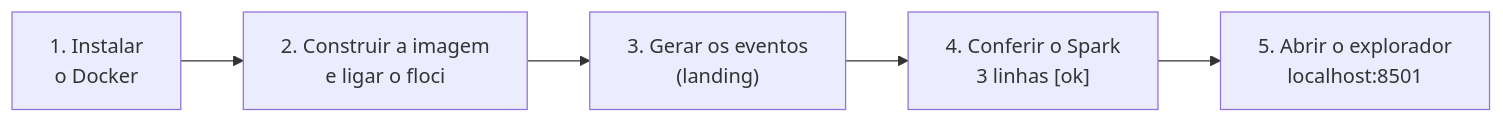
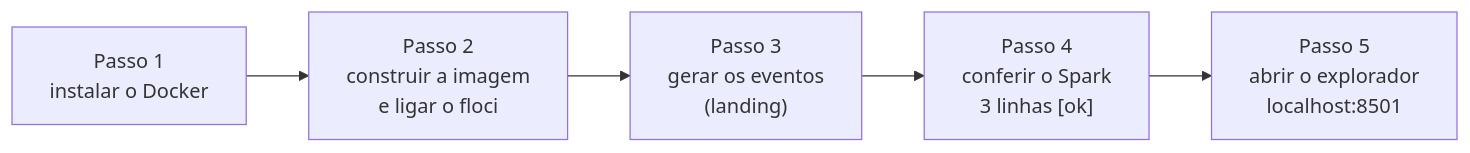
One commit to sertaoseracloud/projeto-final-tracking changed the first of 2 diagrams in SETUP.md. Above: the diagram before and after it, drawn with Mermaid. The commit also changed 2 other files, not shown here.

Commit message:
Docs: corrige três rótulos de diagramas Mermaid vistos no navegador
- README: &lt;seus jobs&gt; sumia no desenho; vira pipeline/seus_jobs.py
- SETUP: "1. Instalar…" era lido como lista (Unsupported markdown: list)
- ENUNCIADO: títulos dos grupos de features eram cortados

````diff
--- a/SETUP.md
+++ b/SETUP.md
@@ -7,7 +7,7 @@
 ```mermaid
 flowchart LR
-    P1["1. Instalar<br/>o Docker"] --> P2["2. Construir a imagem<br/>e ligar o floci"]
-    P2 --> P3["3. Gerar os eventos<br/>(landing)"]
-    P3 --> P4["4. Conferir o Spark<br/>3 linhas [ok]"]
-    P4 --> P5["5. Abrir o explorador<br/>localhost:8501"]
+    P1["Passo 1<br/>instalar o Docker"] --> P2["Passo 2<br/>construir a imagem<br/>e ligar o floci"]
+    P2 --> P3["Passo 3<br/>gerar os eventos<br/>(landing)"]
+    P3 --> P4["Passo 4<br/>conferir o Spark<br/>3 linhas [ok]"]
+    P4 --> P5["Passo 5<br/>abrir o explorador<br/>localhost:8501"]
 ```
````
